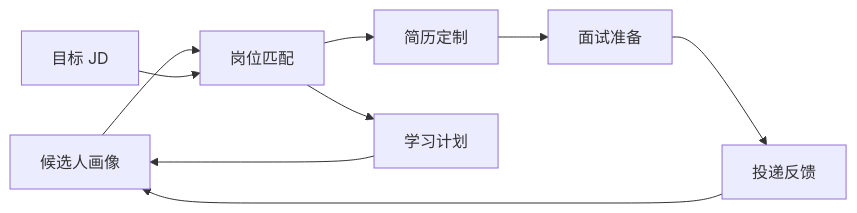
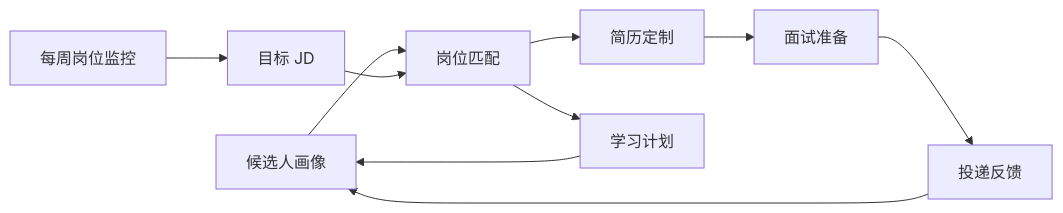
The first of 2 diagrams in README.md (eulermonica6-hub/Lina_Agent), drawn with Mermaid before and after one commit. The commit also changed other lines of this file and 44 other files, not shown here.

````diff
--- a/README.md
+++ b/README.md
@@ -19,11 +57,12 @@
 ```mermaid
 flowchart LR
     Profile[候选人画像] --> Match[岗位匹配]
-    JD[目标 JD] --> Match
+    Monitor[每周岗位监控] --> JD[目标 JD]
+    JD --> Match
     Match --> Resume[简历定制]
     Match --> Plan[学习计划]
     Resume --> Interview[面试准备]
     Plan --> Profile
     Interview --> Feedback[投递反馈]
     Feedback --> Profile
 ```
````
